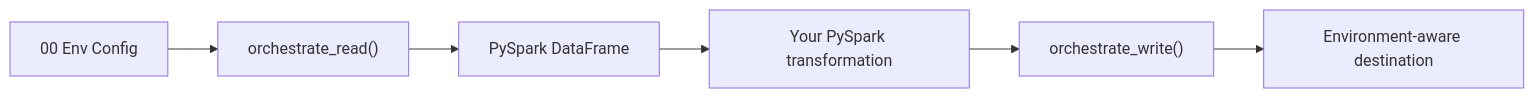
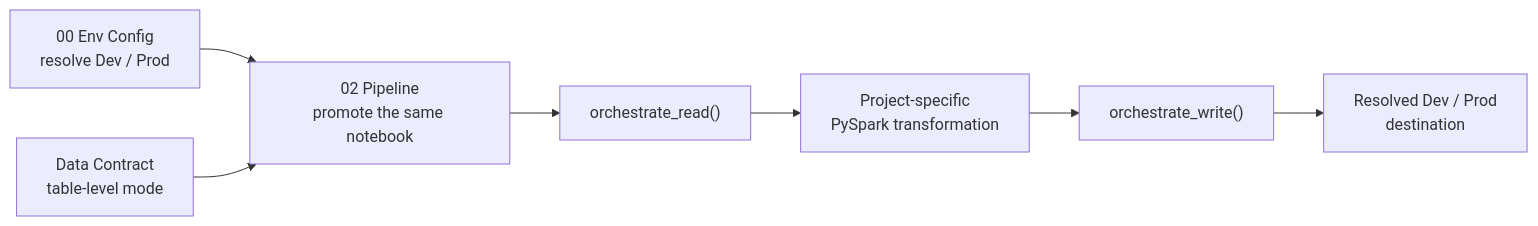
One commit to Voycepeh/FabricOps-Starter-Kit changed the first of 3 diagrams in docs/solutions/environment-aware-data-pipelines.md. Above: the diagram before and after it, drawn with Mermaid. The commit also changed other lines of this file, not shown here.

Commit message:
docs: refocus environment-aware pipelines on canonical notebook stack

````diff
--- a/docs/solutions/environment-aware-data-pipelines.md
+++ b/docs/solutions/environment-aware-data-pipelines.md
@@ -17,8 +20,9 @@
 ```mermaid
 flowchart LR
-    ENV["00 Env Config"] --> READ["orchestrate_read()"]
-    READ --> DF["PySpark DataFrame"]
-    DF --> TRANSFORM["Your PySpark transformation"]
+    ENV["00 Env Config<br/>resolve Dev / Prod"] --> PIPE["02 Pipeline<br/>promote the same notebook"]
+    CONTRACT["Data Contract<br/>table-level mode"] --> PIPE
+    PIPE --> READ["orchestrate_read()"]
+    READ --> TRANSFORM["Project-specific<br/>PySpark transformation"]
     TRANSFORM --> WRITE["orchestrate_write()"]
-    WRITE --> DEST["Environment-aware destination"]
+    WRITE --> TARGET["Resolved Dev / Prod<br/>destination"]
 ```
````
